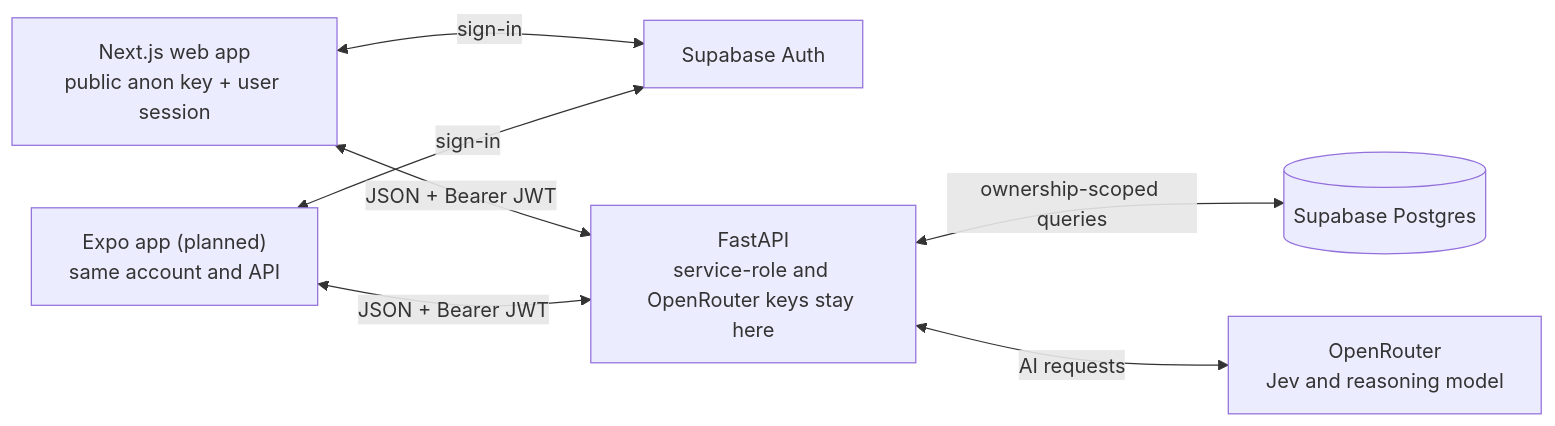
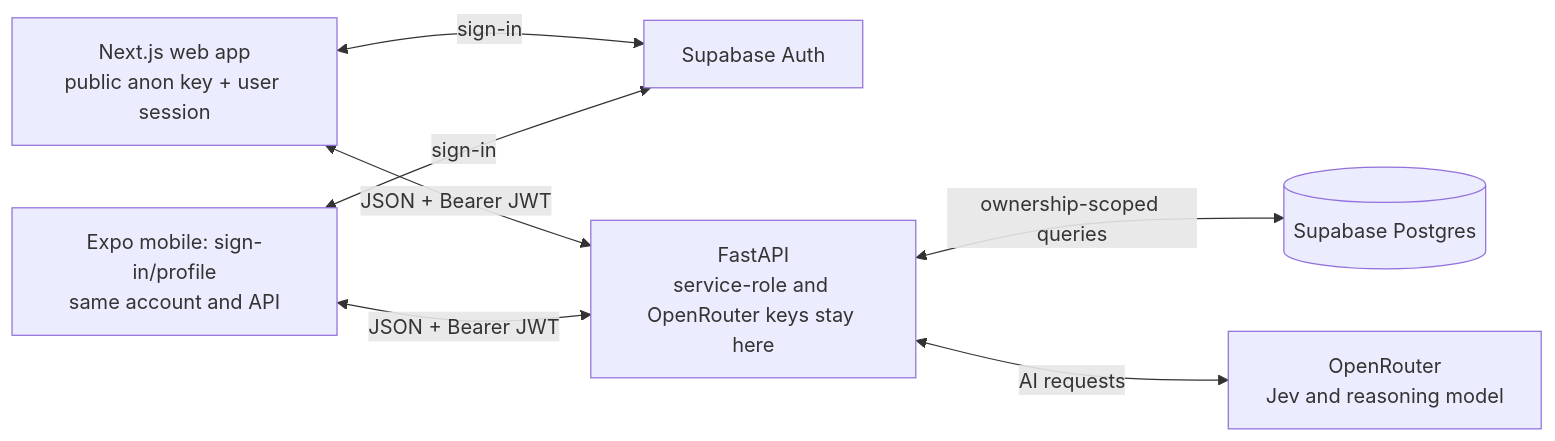
The diagram in README.md (mnahsanofficial/rhythm-health), drawn with Mermaid before and after one commit. The commit also changed other lines of this file and 16 other files, not shown here.

First line of the commit message:
chore: align the mobile toolchain and document Expo setup

````diff
--- a/README.md
+++ b/README.md
@@ -33,15 +33,15 @@
 ```mermaid
 flowchart LR
     UI["Next.js web app<br/>public anon key + user session"]
-    APP["Expo app (planned)<br/>same account and API"]
+    APP["Expo mobile: sign-in/profile<br/>same account and API"]
     AUTH["Supabase Auth"]
     API["FastAPI<br/>service-role and OpenRouter keys stay here"]
     DB[("Supabase Postgres")]
     AI["OpenRouter<br/>Jev and reasoning model"]
     UI <-->|"sign-in"| AUTH
     APP <-->|"sign-in"| AUTH
     UI <-->|"JSON + Bearer JWT"| API
     APP <-->|"JSON + Bearer JWT"| API
     API <-->|"ownership-scoped queries"| DB
     API <-->|"AI requests"| AI
 ```
````
